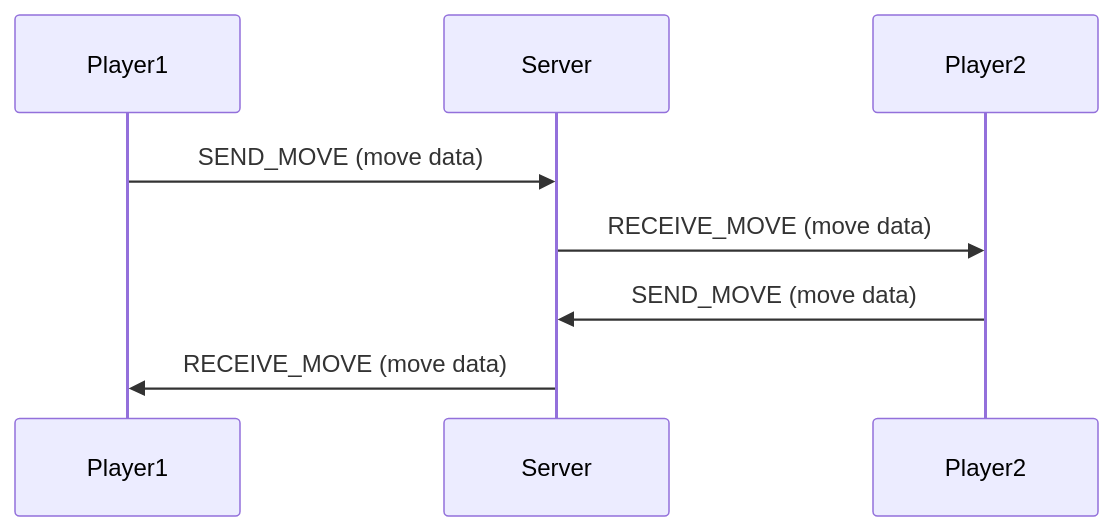
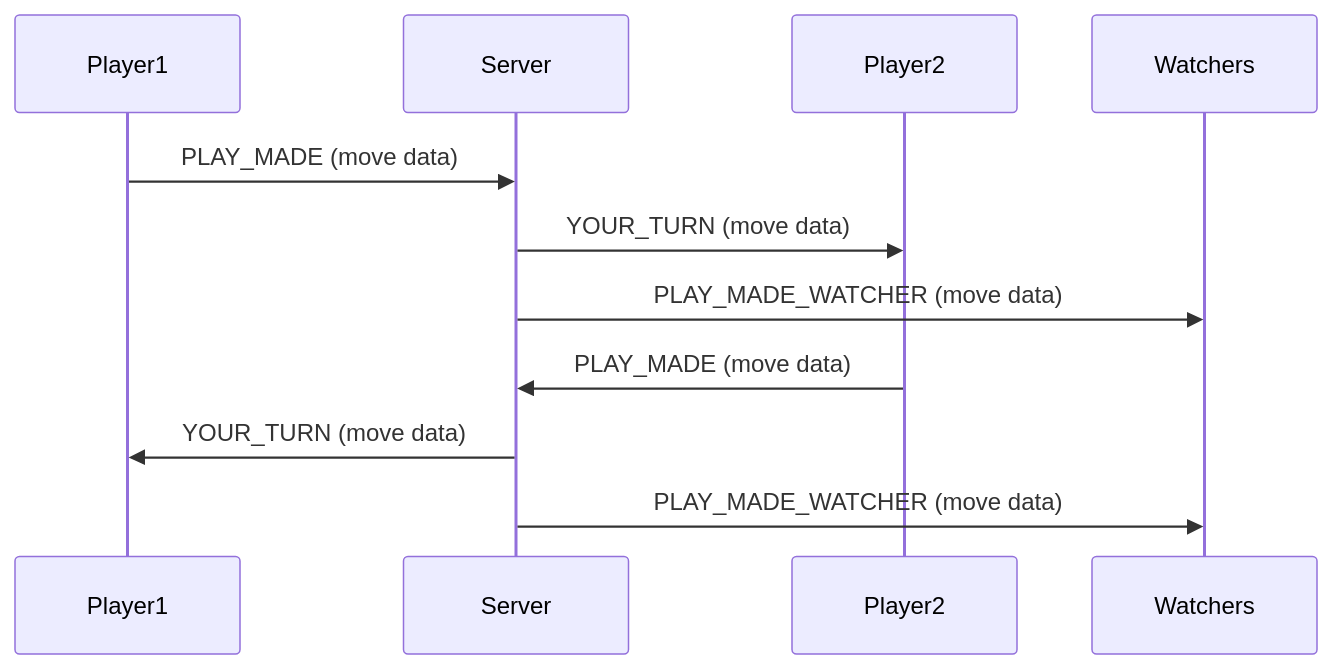
Before and after one commit to ClementGre/Awalnet: the fifth of 9 diagrams in README.md, drawn with Mermaid. The commit also changed other lines of this file and 4 other files, not shown here.

````diff
--- a/README.md
+++ b/README.md
@@ -82,7 +99,10 @@
 ```mermaid
 sequenceDiagram
-    Player1->>Server: SEND_MOVE (move data)
-    Server->>Player2: RECEIVE_MOVE (move data)
-    Player2->>Server: SEND_MOVE (move data)
-    Server->>Player1: RECEIVE_MOVE (move data)
+    Player1->>Server: PLAY_MADE (move data)
+    Server->>Player2: YOUR_TURN (move data)
+    Server->>Watchers: PLAY_MADE_WATCHER (move data)
+    Player2->>Server: PLAY_MADE (move data)
+    Server->>Player1: YOUR_TURN (move data)
+    Server->>Watchers: PLAY_MADE_WATCHER (move data)
+
 ```
````
